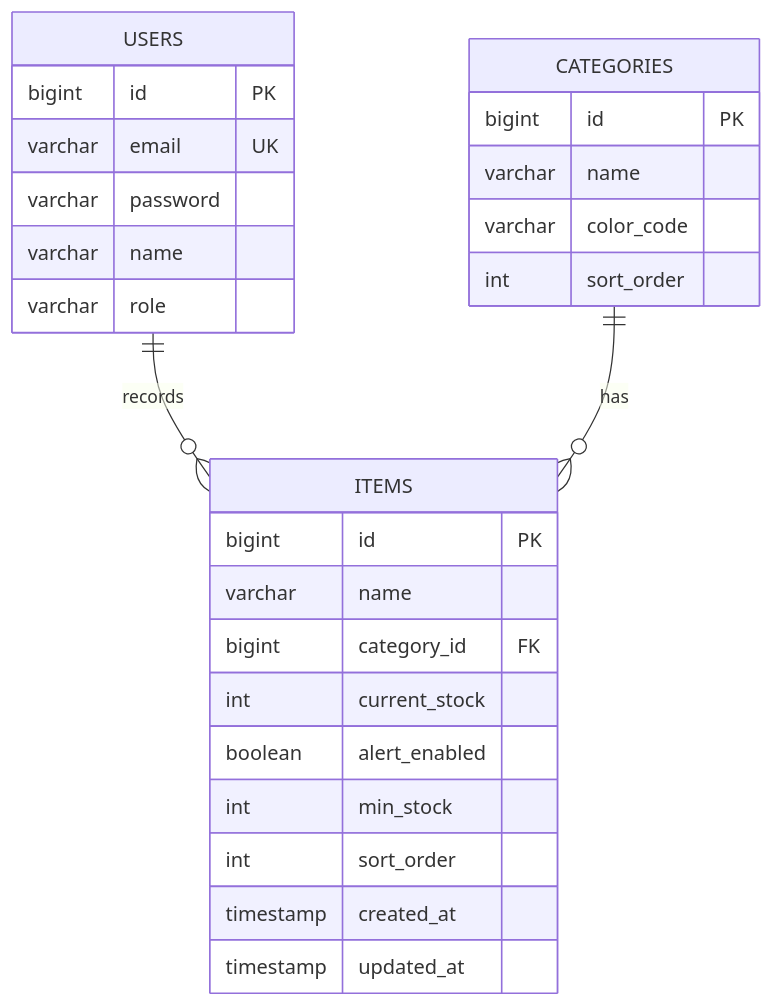
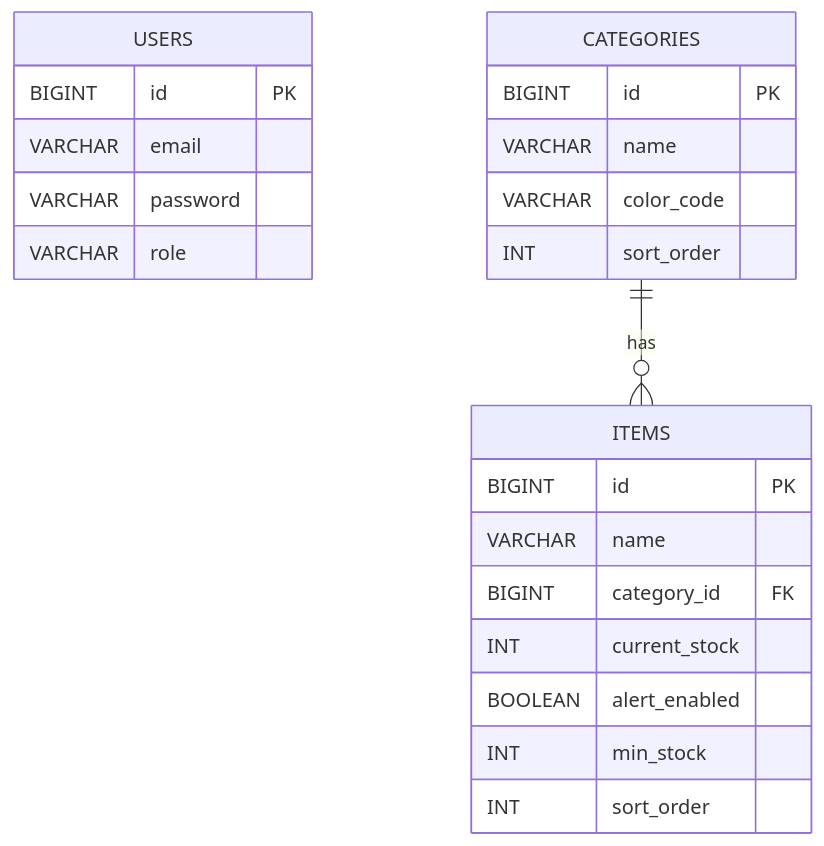
The diagram in README.md (jykior/inventory-app), drawn with Mermaid before and after one commit. The commit also changed other lines of this file and 28 other files, not shown here.

````diff
--- a/README.md
+++ b/README.md
@@ -62,33 +154,28 @@
 ```mermaid
 erDiagram
-    USERS ||--o{ ITEMS : "records"
-    CATEGORIES ||--o{ ITEMS : "has"
-    
+USERS {
+BIGINT id PK
+VARCHAR email
+VARCHAR password
+VARCHAR role
+}
 
-    USERS {
-        bigint id PK
-        varchar email UK
-        varchar password
-        varchar name
-        varchar role
-    }
+CATEGORIES {
+BIGINT id PK
+VARCHAR name
+VARCHAR color_code
+INT sort_order
+}
 
-    CATEGORIES {
-        bigint id PK
-        varchar name
-        varchar color_code
-        int sort_order
-    }
+ITEMS {
+BIGINT id PK
+VARCHAR name
+BIGINT category_id FK
+INT current_stock
+BOOLEAN alert_enabled
+INT min_stock
+INT sort_order
+}
 
-    ITEMS {
-        bigint id PK
-        varchar name
-        bigint category_id FK
-        int current_stock
-        boolean alert_enabled
-        int min_stock
-        int sort_order
-        timestamp created_at
-        timestamp updated_at
-    }
+CATEGORIES ||--o{ ITEMS : "has"
 ```
````
